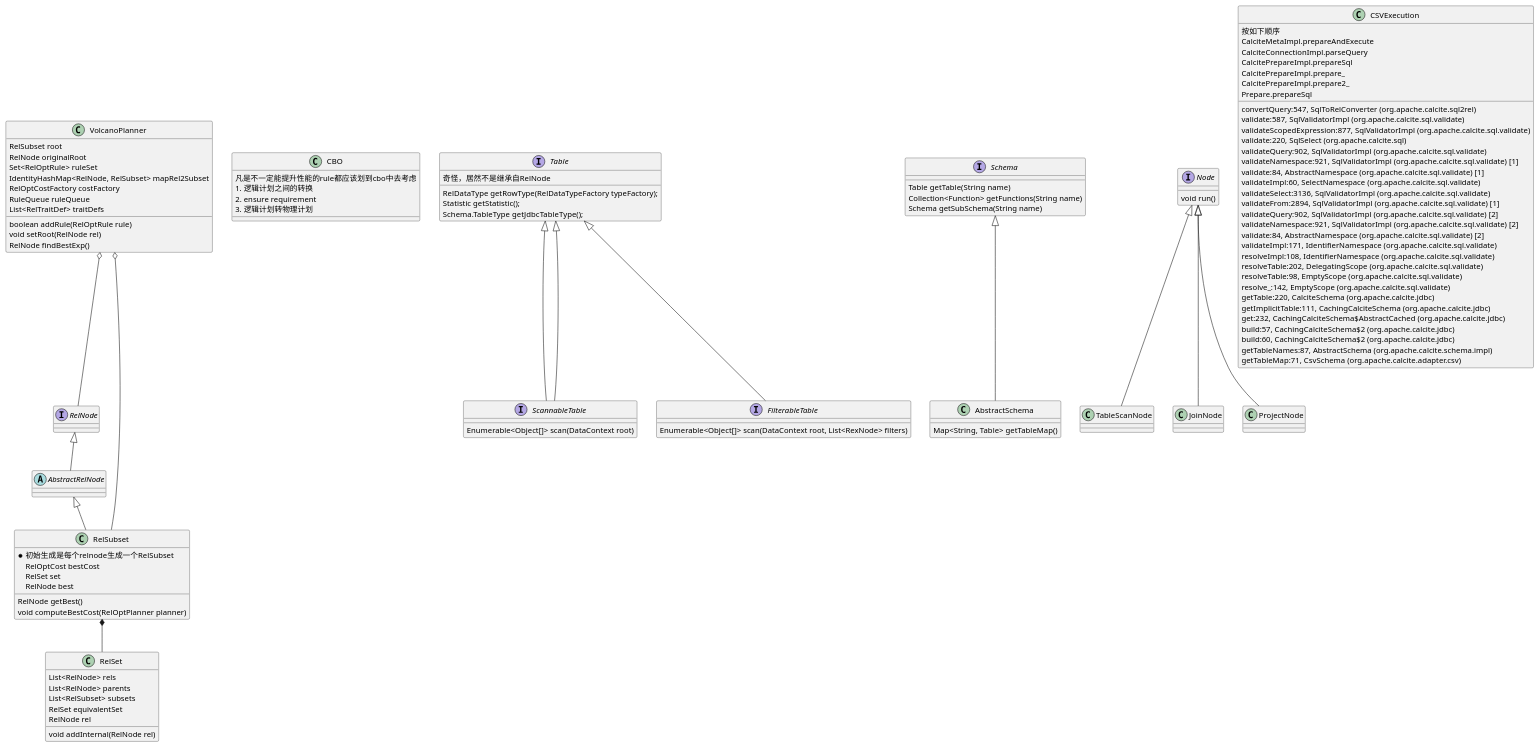
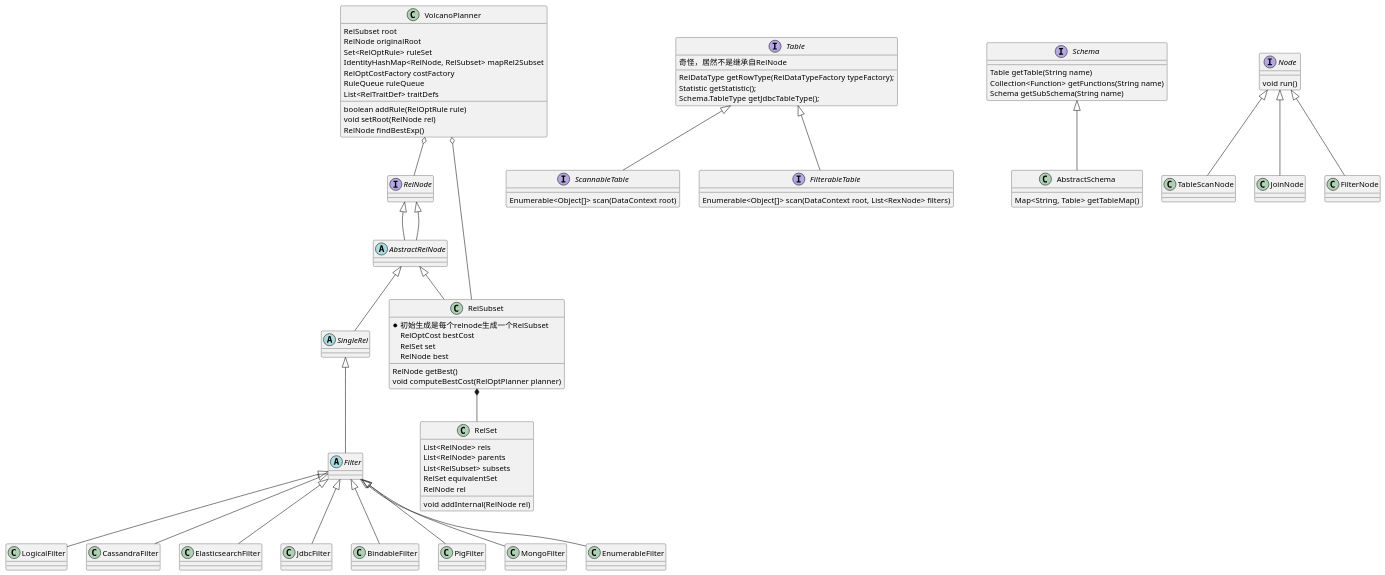
One commit to scwf/calcite changed the diagram in CBOClass.puml. Above: the diagram before and after it, drawn with PlantUML.

Commit message:
improve cbo class

```diff
--- a/CBOClass.puml
+++ b/CBOClass.puml
@@ -1,128 +1,109 @@
 @startuml
 
 interface RelNode
 abstract AbstractRelNode
 
 RelNode <|-- AbstractRelNode
 AbstractRelNode <|-- RelSubset
 RelSubset *-- RelSet
 VolcanoPlanner o-- RelSubset
 VolcanoPlanner o-- RelNode
 
 class RelSubset {
 *初始生成是每个relnode生成一个RelSubset
 RelOptCost bestCost
 RelSet set
 RelNode best
 RelNode getBest()
 void computeBestCost(RelOptPlanner planner)
 }
 
 class RelSet {
 List<RelNode> rels
 List<RelNode> parents
 List<RelSubset> subsets
 RelSet equivalentSet
 RelNode rel
 void addInternal(RelNode rel)
 }
 
 class VolcanoPlanner {
   RelSubset root
   RelNode originalRoot
   Set<RelOptRule> ruleSet
   IdentityHashMap<RelNode, RelSubset> mapRel2Subset
   RelOptCostFactory costFactory
   RuleQueue ruleQueue
   List<RelTraitDef> traitDefs
 
   boolean addRule(RelOptRule rule)
   void setRoot(RelNode rel)
   RelNode findBestExp()
 }
 
-class CBO {
-  凡是不一定能提升性能的rule都应该划到cbo中去考虑
-  1. 逻辑计划之间的转换
-  2. ensure requirement
-  3. 逻辑计划转物理计划
-}
-
 Table <|-- ScannableTable
 Table <|-- FilterableTable
-Table <|-- ScannableTable
 Schema <|-- AbstractSchema
 
 interface Table {
   奇怪，居然不是继承自RelNode
   RelDataType getRowType(RelDataTypeFactory typeFactory);
   Statistic getStatistic();
   Schema.TableType getJdbcTableType();
 }
 interface ScannableTable {
  Enumerable<Object[]> scan(DataContext root)
 }
 interface FilterableTable {
 Enumerable<Object[]> scan(DataContext root, List<RexNode> filters)
 }
 
 interface Schema {
 Table getTable(String name)
 Collection<Function> getFunctions(String name)
 Schema getSubSchema(String name)
 }
 
 class AbstractSchema {
 Map<String, Table> getTableMap()
 }
 
 Node <|-- TableScanNode
 Node <|-- JoinNode
-Node <|-- ProjectNode
+Node <|-- FilterNode
 interface Node {
 void run()
 }
 class TableScanNode {
 }
 class JoinNode {
 }
-class ProjectNode {
+class FilterNode {
 }
 
+RelNode <|-- AbstractRelNode
+AbstractRelNode <|-- SingleRel
+SingleRel <|-- Filter
+Filter <|-- LogicalFilter
+Filter <|-- CassandraFilter
+Filter <|-- ElasticsearchFilter
+Filter <|-- JdbcFilter
+Filter <|-- BindableFilter
+Filter <|-- PigFilter
+Filter <|-- MongoFilter
+Filter <|-- EnumerableFilter
 
-class CSVExecution {
-按如下顺序
-CalciteMetaImpl.prepareAndExecute
-CalciteConnectionImpl.parseQuery
-CalcitePrepareImpl.prepareSql
-CalcitePrepareImpl.prepare_
-CalcitePrepareImpl.prepare2_
-Prepare.prepareSql
-convertQuery:547, SqlToRelConverter (org.apache.calcite.sql2rel)
-validate:587, SqlValidatorImpl (org.apache.calcite.sql.validate)
-validateScopedExpression:877, SqlValidatorImpl (org.apache.calcite.sql.validate)
-validate:220, SqlSelect (org.apache.calcite.sql)
-validateQuery:902, SqlValidatorImpl (org.apache.calcite.sql.validate)
-validateNamespace:921, SqlValidatorImpl (org.apache.calcite.sql.validate) [1]
-validate:84, AbstractNamespace (org.apache.calcite.sql.validate) [1]
-validateImpl:60, SelectNamespace (org.apache.calcite.sql.validate)
-validateSelect:3136, SqlValidatorImpl (org.apache.calcite.sql.validate)
-validateFrom:2894, SqlValidatorImpl (org.apache.calcite.sql.validate) [1]
-validateQuery:902, SqlValidatorImpl (org.apache.calcite.sql.validate) [2]
-validateNamespace:921, SqlValidatorImpl (org.apache.calcite.sql.validate) [2]
-validate:84, AbstractNamespace (org.apache.calcite.sql.validate) [2]
-validateImpl:171, IdentifierNamespace (org.apache.calcite.sql.validate)
-resolveImpl:108, IdentifierNamespace (org.apache.calcite.sql.validate)
-resolveTable:202, DelegatingScope (org.apache.calcite.sql.validate)
-resolveTable:98, EmptyScope (org.apache.calcite.sql.validate)
-resolve_:142, EmptyScope (org.apache.calcite.sql.validate)
-getTable:220, CalciteSchema (org.apache.calcite.jdbc)
-getImplicitTable:111, CachingCalciteSchema (org.apache.calcite.jdbc)
-get:232, CachingCalciteSchema$AbstractCached (org.apache.calcite.jdbc)
-build:57, CachingCalciteSchema$2 (org.apache.calcite.jdbc)
-build:60, CachingCalciteSchema$2 (org.apache.calcite.jdbc)
-getTableNames:87, AbstractSchema (org.apache.calcite.schema.impl)
-getTableMap:71, CsvSchema (org.apache.calcite.adapter.csv)
-}
+interface RelNode
+abstract class AbstractRelNode
+abstract class SingleRel
+abstract class Filter
+class CassandraFilter
+class ElasticsearchFilter
+class JdbcFilter
+class LogicalFilter
+class BindableFilter
+class MongoFilter
+class EnumerableFilter
+class PigFilter
 
 @enduml
```
